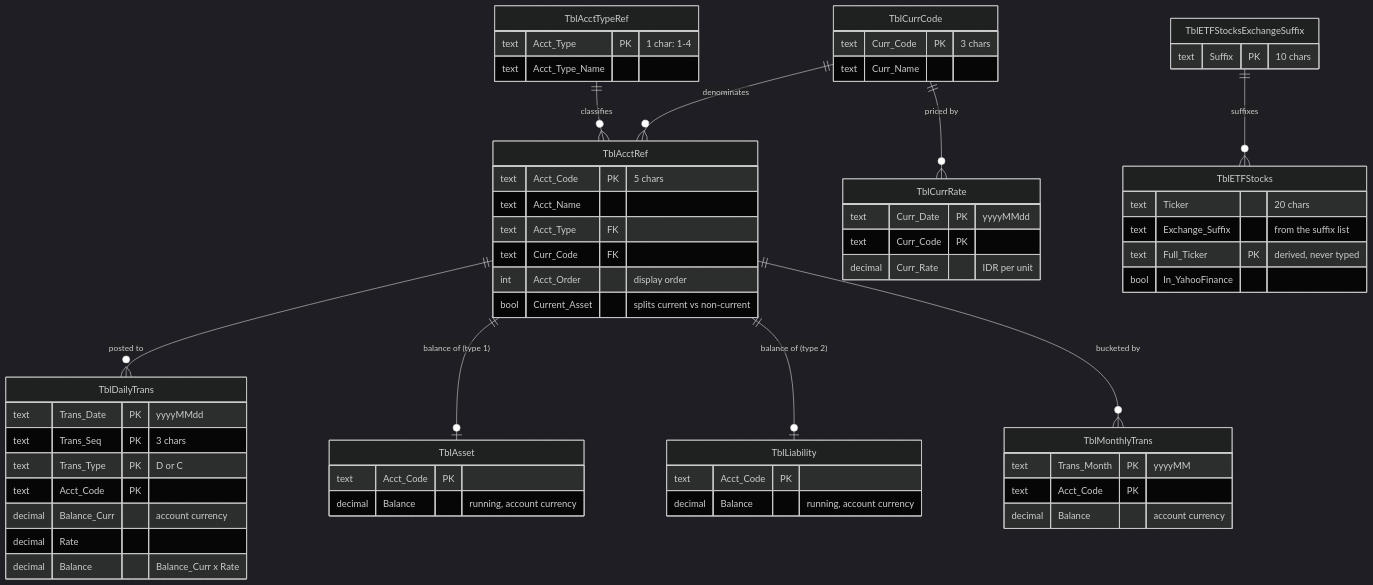
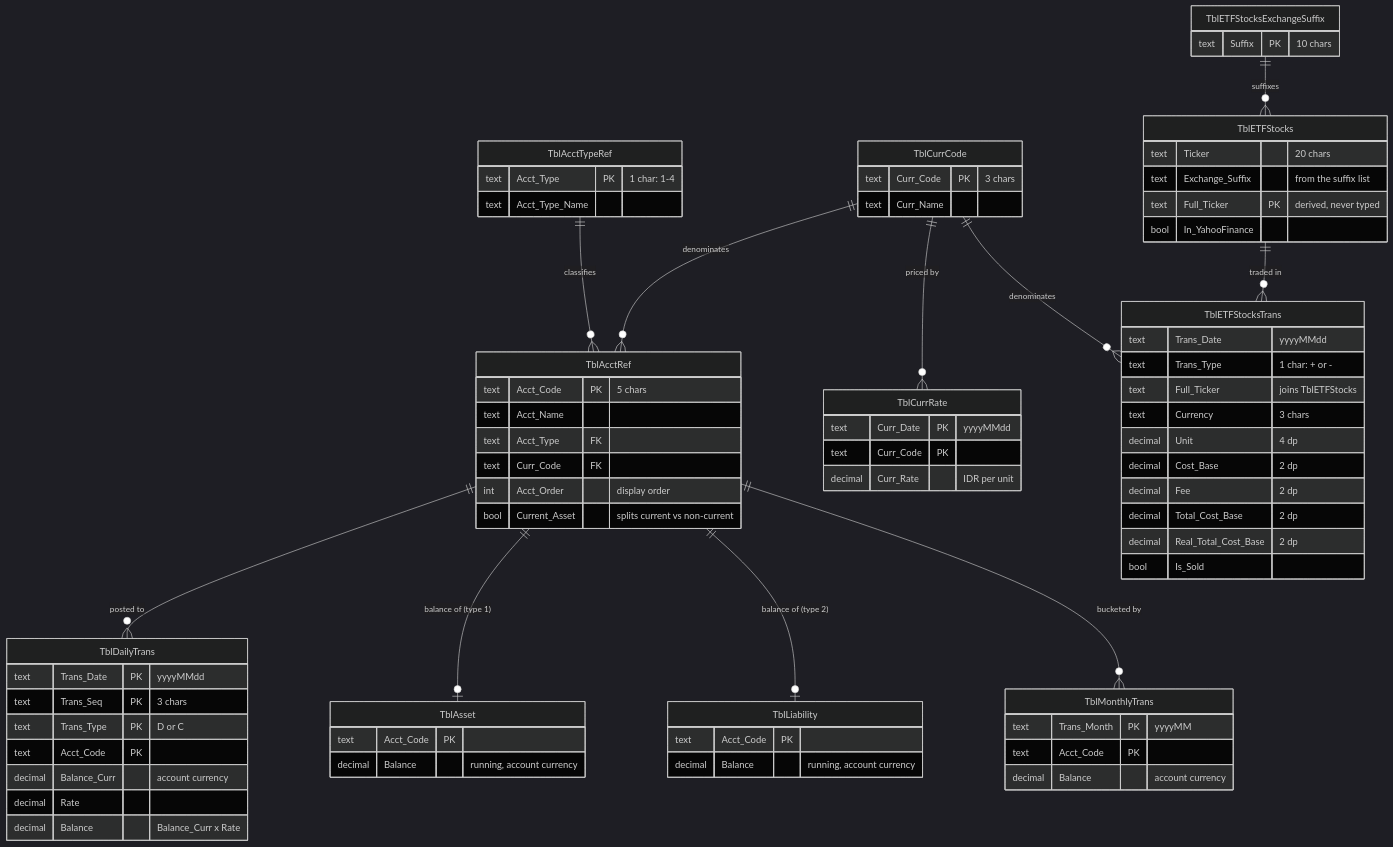
Before and after one commit to oscar-rijadi/FinancialBalance: the third of 3 diagrams in README.md, drawn with Mermaid (dark theme). The commit also changed other lines of this file and 41 other files, not shown here.

````diff
--- a/README.md
+++ b/README.md
@@ -139,64 +142,78 @@
 ```mermaid
 erDiagram
     TblAcctTypeRef  ||--o{ TblAcctRef      : "classifies"
     TblCurrCode     ||--o{ TblAcctRef      : "denominates"
     TblCurrCode     ||--o{ TblCurrRate     : "priced by"
     TblAcctRef      ||--o{ TblDailyTrans   : "posted to"
     TblAcctRef      ||--o| TblAsset        : "balance of (type 1)"
     TblAcctRef      ||--o| TblLiability    : "balance of (type 2)"
     TblAcctRef      ||--o{ TblMonthlyTrans : "bucketed by"
     TblETFStocksExchangeSuffix ||--o{ TblETFStocks : "suffixes"
+    TblETFStocks    ||--o{ TblETFStocksTrans : "traded in"
+    TblCurrCode     ||--o{ TblETFStocksTrans : "denominates"
 
     TblAcctTypeRef {
         text Acct_Type PK "1 char: 1-4"
         text Acct_Type_Name
     }
     TblAcctRef {
         text Acct_Code PK "5 chars"
         text Acct_Name
         text Acct_Type FK
         text Curr_Code FK
         int  Acct_Order "display order"
         bool Current_Asset "splits current vs non-current"
     }
     TblCurrCode {
         text Curr_Code PK "3 chars"
         text Curr_Name
     }
     TblCurrRate {
         text    Curr_Date PK "yyyyMMdd"
         text    Curr_Code PK
         decimal Curr_Rate "IDR per unit"
     }
     TblDailyTrans {
         text    Trans_Date PK "yyyyMMdd"
         text    Trans_Seq PK "3 chars"
         text    Trans_Type PK "D or C"
         text    Acct_Code PK
         decimal Balance_Curr "account currency"
         decimal Rate
         decimal Balance "Balance_Curr x Rate"
     }
     TblAsset {
         text    Acct_Code PK
         decimal Balance "running, account currency"
     }
     TblLiability {
         text    Acct_Code PK
         decimal Balance "running, account currency"
     }
     TblMonthlyTrans {
         text    Trans_Month PK "yyyyMM"
         text    Acct_Code PK
         decimal Balance "account currency"
     }
     TblETFStocksExchangeSuffix {
         text Suffix PK "10 chars"
     }
     TblETFStocks {
         text Ticker "20 chars"
         text Exchange_Suffix "from the suffix list"
         text Full_Ticker PK "derived, never typed"
         bool In_YahooFinance
     }
+    TblETFStocksTrans {
+        text    Trans_Date "yyyyMMdd"
+        text    Trans_Type "1 char: + or -"
+        text    Full_Ticker "joins TblETFStocks"
+        text    Currency "3 chars"
+        decimal Unit "4 dp"
+        decimal Cost_Base "2 dp"
+        decimal Fee "2 dp"
+        decimal Total_Cost_Base "2 dp"
+        decimal Real_Total_Cost_Base "2 dp"
+        bool    Is_Sold
+    }
 ```
````
